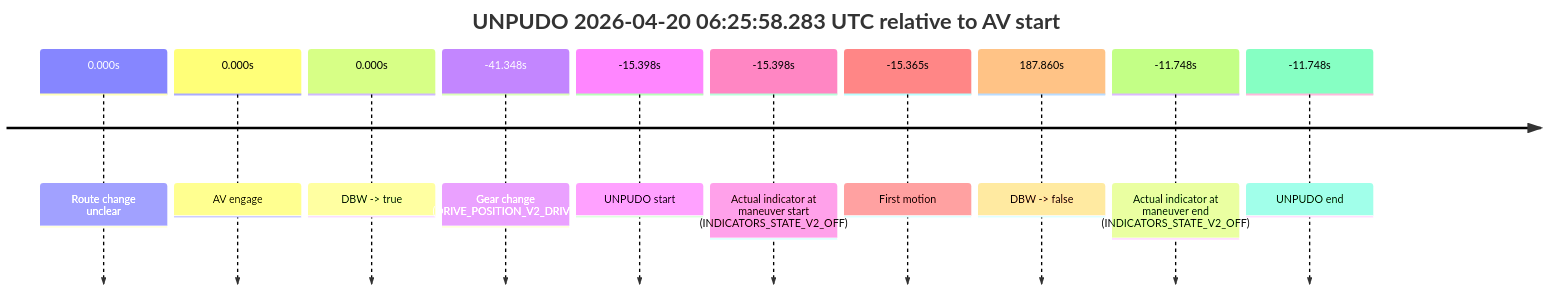
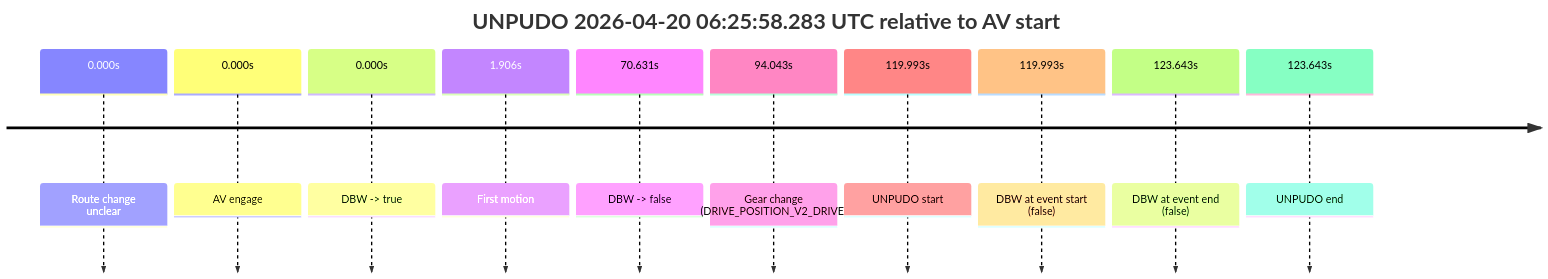
Before and after one commit to yoelshapiro/vault: the third of 5 diagrams in model_analysis/report_cards/2026/04/Week-4/fme20031--2026-04-20--06-05-31--gen2-av-1a5a97bc-616d-489d-9c58-1fdeb3320708.md, drawn with Mermaid. The commit also changed other lines of this file and 85 other files, not shown here.

````diff
--- a/model_analysis/report_cards/2026/04/Week-4/fme20031--2026-04-20--06-05-31--gen2-av-1a5a97bc-616d-489d-9c58-1fdeb3320708.md
+++ b/model_analysis/report_cards/2026/04/Week-4/fme20031--2026-04-20--06-05-31--gen2-av-1a5a97bc-616d-489d-9c58-1fdeb3320708.md
@@ -215,14 +229,14 @@
 ```mermaid
 timeline
     title UNPUDO 2026-04-20 06:25:58.283 UTC relative to AV start
     0.000s : Route change unclear
     0.000s : AV engage
     0.000s : DBW -> true
-    -41.348s : Gear change (DRIVE_POSITION_V2_DRIVE)
-    -15.398s : UNPUDO start
-    -15.398s : Actual indicator at maneuver start (INDICATORS_STATE_V2_OFF)
-    -15.365s : First motion
-    187.860s : DBW -> false
-    -11.748s : Actual indicator at maneuver end (INDICATORS_STATE_V2_OFF)
-    -11.748s : UNPUDO end
+    1.906s : First motion
+    70.631s : DBW -> false
+    94.043s : Gear change (DRIVE_POSITION_V2_DRIVE)
+    119.993s : UNPUDO start
+    119.993s : DBW at event start (false)
+    123.643s : DBW at event end (false)
+    123.643s : UNPUDO end
 ```
````
